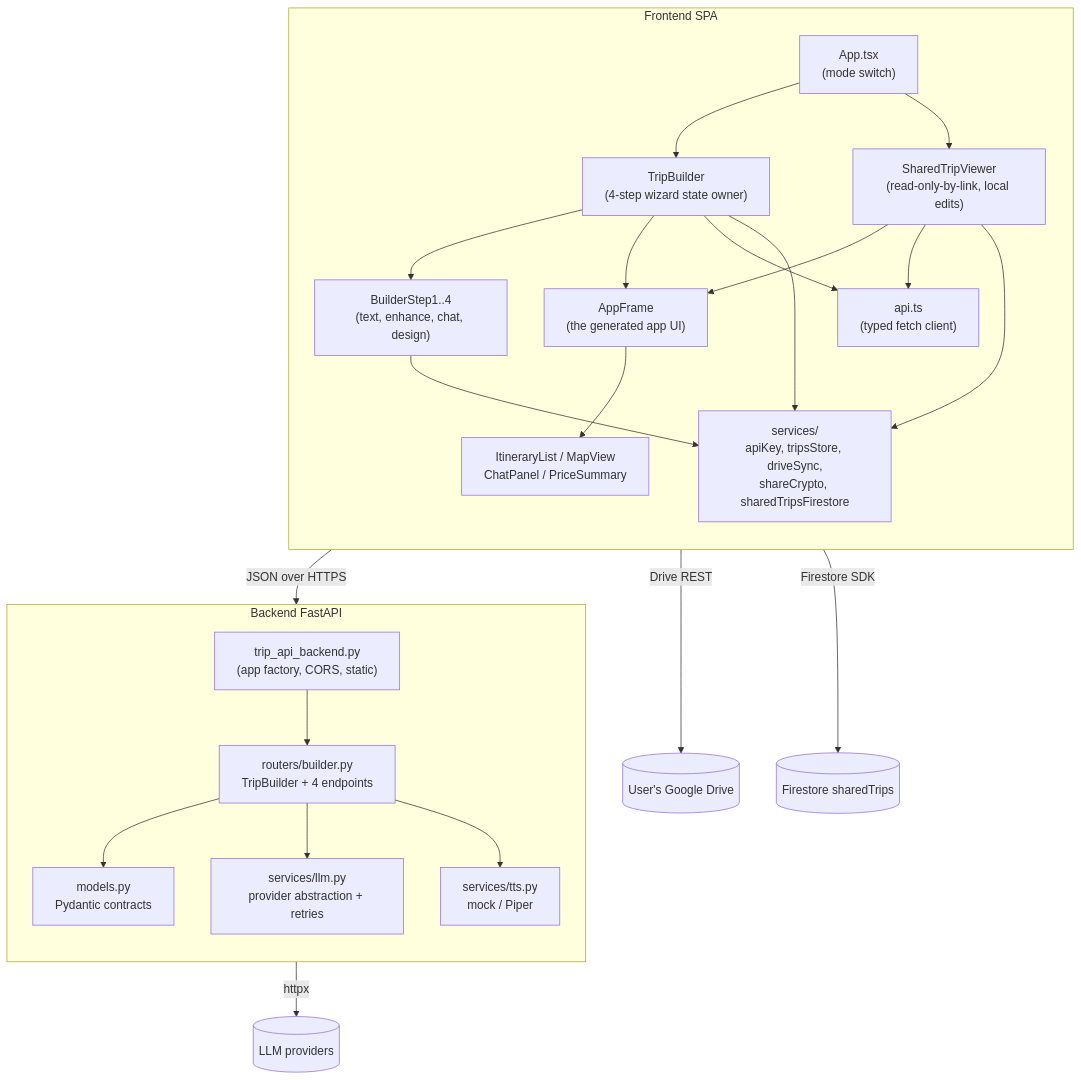
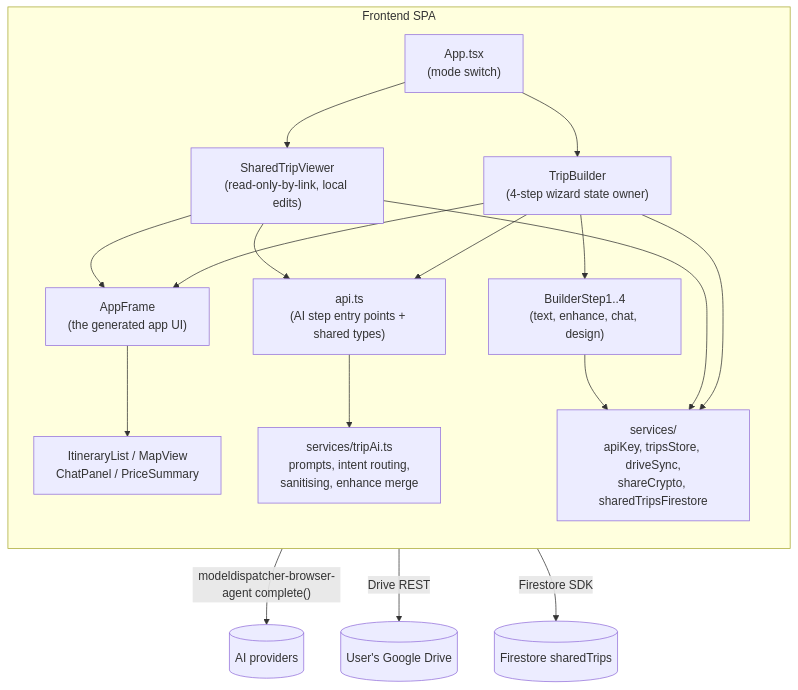
Before and after one commit to joka-7/AppMyTrip: the second of 5 diagrams in docs/HLD.md, drawn with Mermaid. The commit also changed other lines of this file and 72 other files, not shown here.

First line of the commit message:
feat(ai)!: run trip AI in the browser and delete the backend

````diff
--- a/docs/HLD.md
+++ b/docs/HLD.md
@@ -82,40 +75,27 @@
 ```mermaid
 flowchart TB
     subgraph FE [Frontend SPA]
         direction TB
         AppRoot["App.tsx\n(mode switch)"]
         TB["TripBuilder\n(4-step wizard state owner)"]
         STV["SharedTripViewer\n(read-only-by-link, local edits)"]
         Steps["BuilderStep1..4\n(text, enhance, chat, design)"]
         Frame["AppFrame\n(the generated app UI)"]
         subViews["ItineraryList / MapView\nChatPanel / PriceSummary"]
-        ApiClient["api.ts\n(typed fetch client)"]
+        ApiClient["api.ts\n(AI step entry points + shared types)"]
+        TripAi["services/tripAi.ts\nprompts, intent routing,\nsanitising, enhance merge"]
         Stores["services/\napiKey, tripsStore, driveSync,\nshareCrypto, sharedTripsFirestore"]
 
         AppRoot --> TB --> Steps
         AppRoot --> STV
         TB --> Frame
         STV --> Frame
         Frame --> subViews
-        TB & STV --> ApiClient
+        TB & STV --> ApiClient --> TripAi
         TB & STV & Steps --> Stores
     end
 
-    subgraph BE [Backend FastAPI]
-        direction TB
-        Appf["trip_api_backend.py\n(app factory, CORS, static)"]
-        Router["routers/builder.py\nTripBuilder + 4 endpoints"]
-        Models["models.py\nPydantic contracts"]
-        LLMSvc["services/llm.py\nprovider abstraction + retries"]
-        TTSSvc["services/tts.py\nmock / Piper"]
-
-        Appf --> Router --> Models
-        Router --> LLMSvc
-        Router --> TTSSvc
-    end
-
-    ApiClient -->|JSON over HTTPS| Router
+    TripAi -->|"modeldispatcher-browser-agent complete()"| Providers[(AI providers)]
     Stores -->|Drive REST| Drive[(User's Google Drive)]
     Stores -->|Firestore SDK| Firestore[(Firestore sharedTrips)]
-    LLMSvc -->|httpx| Providers[(LLM providers)]
 ```
````
